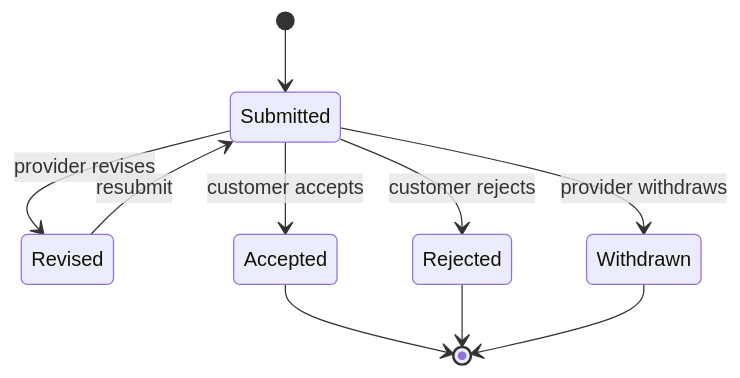
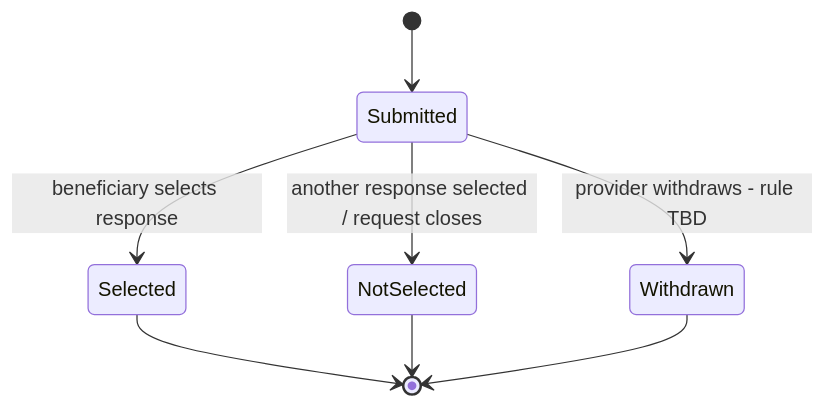
Before and after one commit to Yadd-SanaaUniversityGraduationProject/yadd: the second of 5 diagrams in docs/03-analysis/07-lifecycles.md, drawn with Mermaid. The commit also changed other lines of this file and 4 other files, not shown here.

First line of the commit message:
Baseline YADD core marketplace business flow

````diff
--- a/docs/03-analysis/07-lifecycles.md
+++ b/docs/03-analysis/07-lifecycles.md
@@ -27,12 +43,10 @@
 ```mermaid
 stateDiagram-v2
     [*] --> Submitted
-    Submitted --> Revised: provider revises
-    Revised --> Submitted: resubmit
-    Submitted --> Accepted: customer accepts
-    Submitted --> Rejected: customer rejects
-    Submitted --> Withdrawn: provider withdraws
-    Accepted --> [*]
-    Rejected --> [*]
+    Submitted --> Selected: beneficiary selects response
+    Submitted --> NotSelected: another response selected / request closes
+    Submitted --> Withdrawn: provider withdraws - rule TBD
+    Selected --> [*]
+    NotSelected --> [*]
     Withdrawn --> [*]
 ```
````
